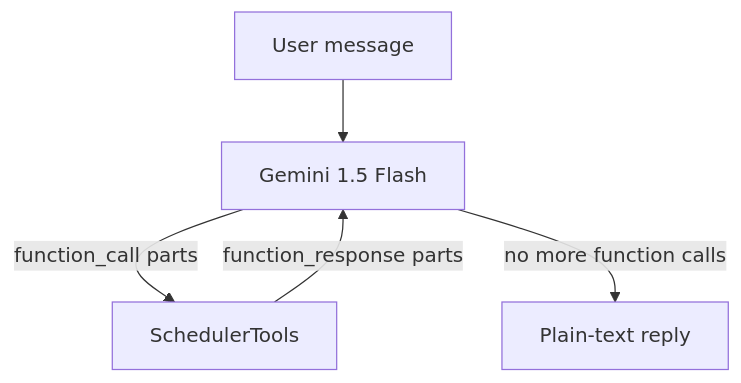
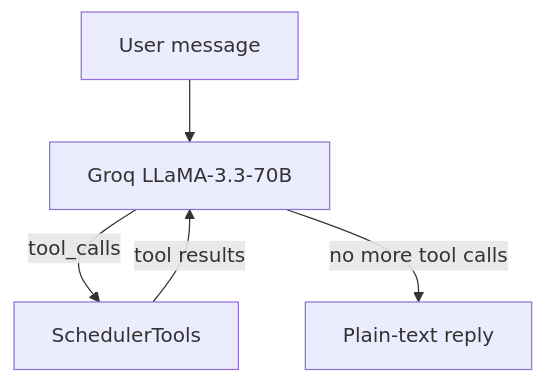
Before and after one commit to Abdulahi-1/applied-ai-system-project: the diagram in assets/agent_loop.mmd, drawn with Mermaid. The commit also changed 3 other files, not shown here.

```diff
--- a/assets/agent_loop.mmd
+++ b/assets/agent_loop.mmd
@@ -1,5 +1,5 @@
 flowchart TD
-    U["User message"] --> G["Gemini 1.5 Flash"]
-    G -->|"function_call parts"| T["SchedulerTools"]
-    T -->|"function_response parts"| G
-    G -->|"no more function calls"| R["Plain-text reply"]
+    U["User message"] --> G["Groq LLaMA-3.3-70B"]
+    G -->|"tool_calls"| T["SchedulerTools"]
+    T -->|"tool results"| G
+    G -->|"no more tool calls"| R["Plain-text reply"]
```
